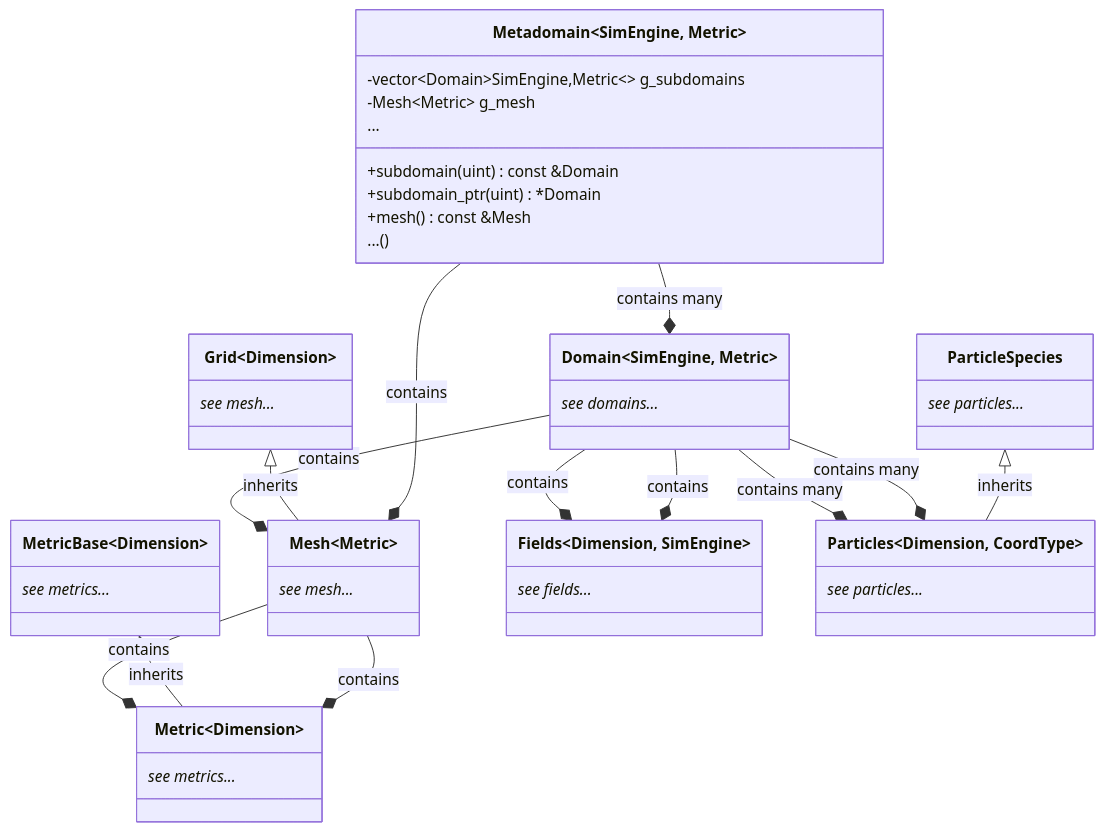
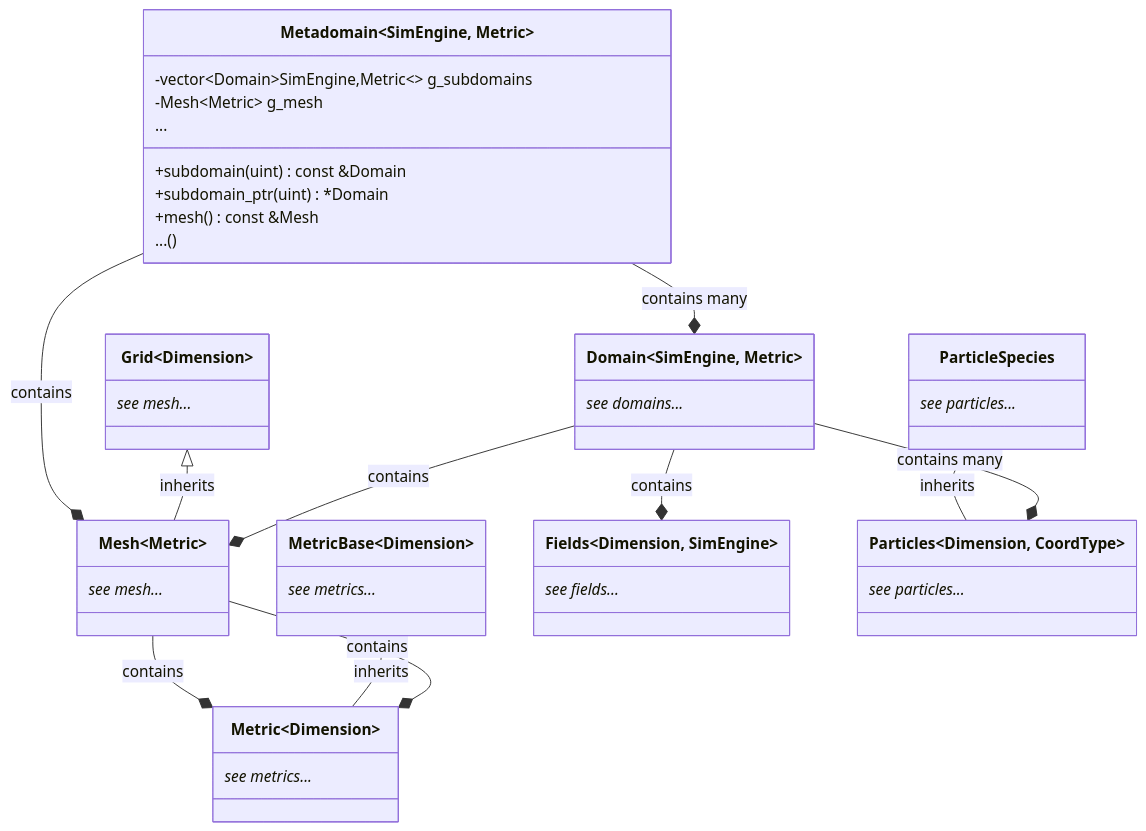
One commit to entity-toolkit/wiki changed the diagram in docs/code/hierarchy.md. Above: the diagram before and after it, drawn with Mermaid. The commit also changed 2 other files, not shown here.

````diff
--- a/docs/code/hierarchy.md
+++ b/docs/code/hierarchy.md
@@ -8,50 +8,48 @@
 ```mermaid
 classDiagram
   direction TB
   class Metadomain~SimEngine, Metric~{
     -vector~Domain~SimEngine,Metric~~ g_subdomains
     -Mesh~Metric~ g_mesh
     ...
     +subdomain(uint) const &Domain
     +subdomain_ptr(uint) *Domain
     +mesh() const &Mesh
     ...()
   }
   class MetricBase~Dimension~{
     see metrics...*
   }
   class Metric~Dimension~{
     see metrics...*
   }
   class Mesh~Metric~{
     see mesh...*
   }
   class Domain~SimEngine, Metric~{
     see domains...*
   }
   class Fields~Dimension, SimEngine~{
     see fields...*
   }
   class Particles~Dimension, CoordType~{
     see particles...*
   }
   class ParticleSpecies {
     see particles...*
   }
   class Grid~Dimension~{
     see mesh...*
   }
   Domain --* Mesh : contains
   Grid <|-- Mesh : inherits
   Mesh --* Metric : contains
   Metadomain --* Domain : contains many
   Metadomain --* Mesh : contains
   Domain --* Fields : contains
   Domain --* Particles : contains many
   
-  Domain --* Particles : contains many
-  Domain --* Fields : contains
   ParticleSpecies <|-- Particles : inherits
   MetricBase <|-- Metric : inherits
   Mesh --* Metric : contains
 ```
````
